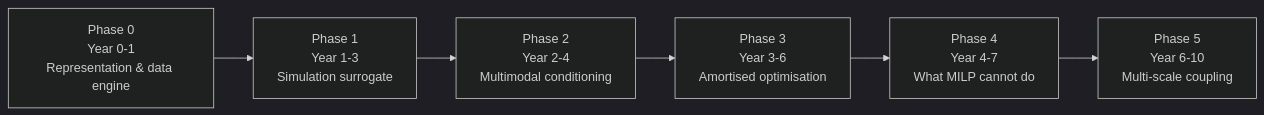
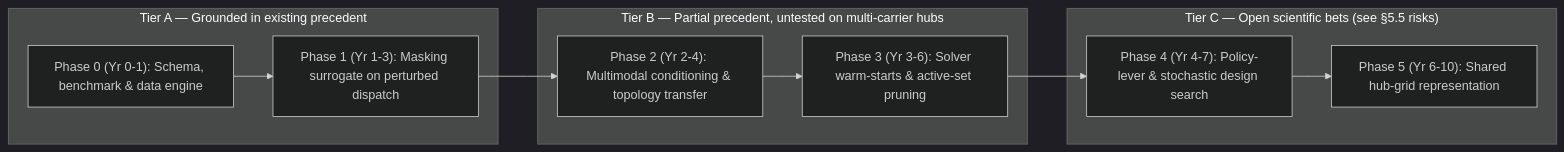
The diagram in chapter-5-case-study/5-1-roadmap.md (BartonChenTW/FM4UES), drawn with Mermaid (dark theme) before and after one commit. The commit also changed other lines of this file and 59 other files, not shown here.

First line of the commit message:
Tool & textbook citations, mechanism diagrams, playground benchmarks, Wang 2025 full text, and status review pass

````diff
--- a/chapter-5-case-study/5-1-roadmap.md
+++ b/chapter-5-case-study/5-1-roadmap.md
@@ -19,8 +19,14 @@
 ```mermaid
 flowchart LR
-    P0["Phase 0<br/>Year 0-1<br/>Representation & data engine"] --> P1["Phase 1<br/>Year 1-3<br/>Simulation surrogate"]
-    P1 --> P2["Phase 2<br/>Year 2-4<br/>Multimodal conditioning"]
-    P2 --> P3["Phase 3<br/>Year 3-6<br/>Amortised optimisation"]
-    P3 --> P4["Phase 4<br/>Year 4-7<br/>What MILP cannot do"]
-    P4 --> P5["Phase 5<br/>Year 6-10<br/>Multi-scale coupling"]
+    subgraph TA["Tier A — Grounded in existing precedent"]
+        P0["Phase 0 (Yr 0-1): Schema, benchmark & data engine"] --> P1["Phase 1 (Yr 1-3): Masking surrogate on perturbed dispatch"]
+    end
+    subgraph TB["Tier B — Partial precedent, untested on multi-carrier hubs"]
+        P2["Phase 2 (Yr 2-4): Multimodal conditioning & topology transfer"] --> P3["Phase 3 (Yr 3-6): Solver warm-starts & active-set pruning"]
+    end
+    subgraph TC["Tier C — Open scientific bets (see §5.5 risks)"]
+        P4["Phase 4 (Yr 4-7): Policy-lever & stochastic design search"] --> P5["Phase 5 (Yr 6-10): Shared hub-grid representation"]
+    end
+    P1 --> P2
+    P3 --> P4
 ```
````
